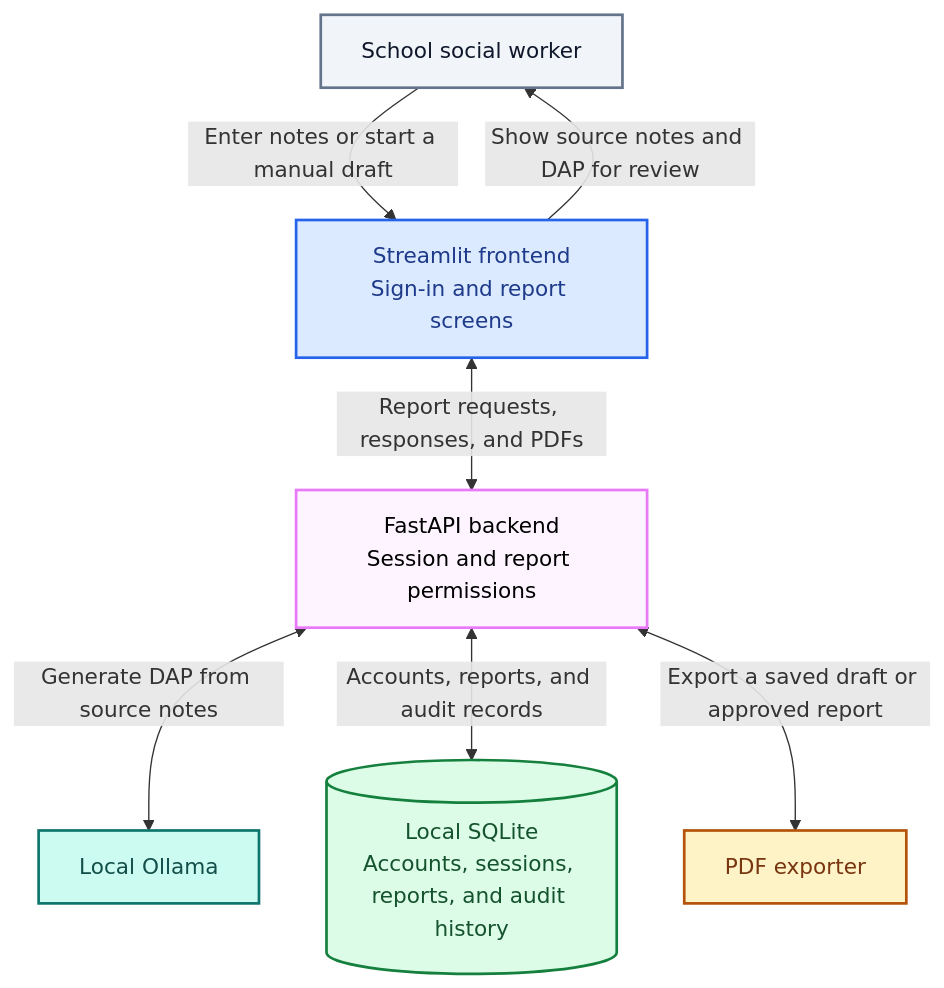
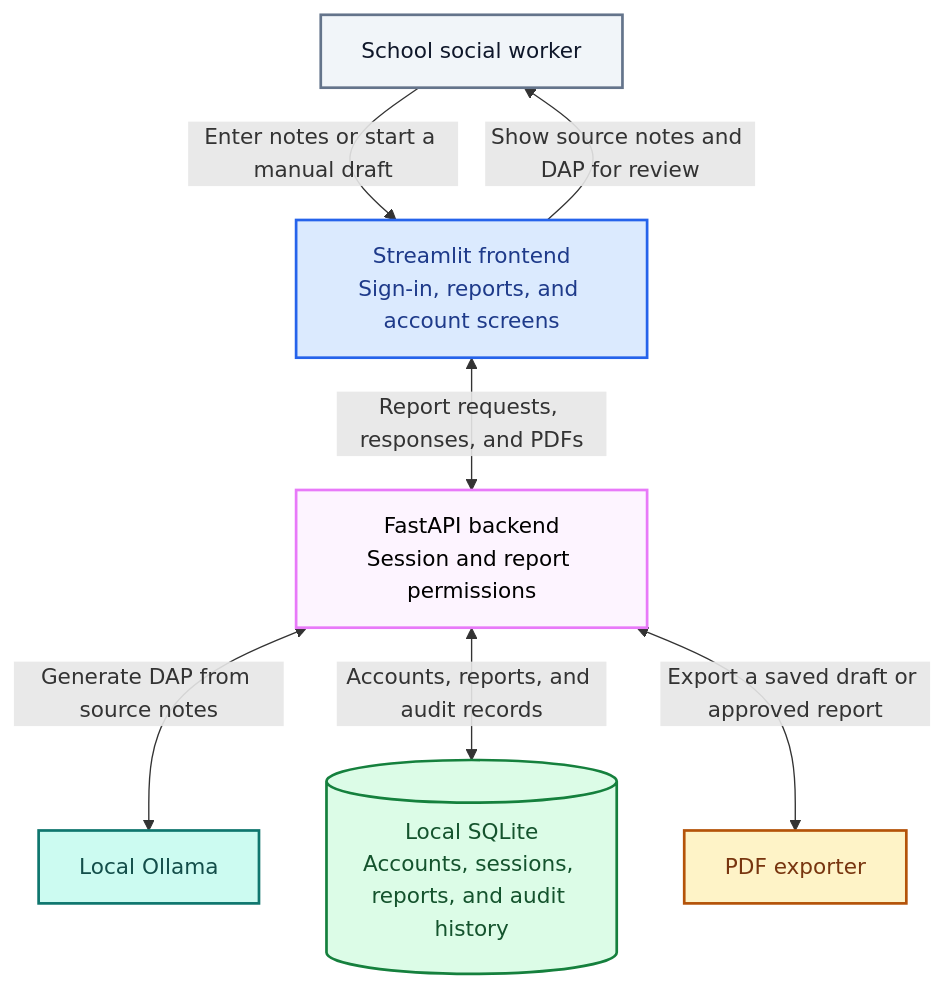
One commit to OllieOzzy/cmsc495-social-worker-ai-assistant changed the first of 3 diagrams in README.md. Above: the diagram before and after it, drawn with Mermaid. The commit also changed other lines of this file and 2 other files, not shown here.

````diff
--- a/README.md
+++ b/README.md
@@ -310,30 +310,30 @@
 ```mermaid
 flowchart TD
     Worker["School social worker"]
-    UI["Streamlit frontend<br/>Sign-in and report screens"]
+    UI["Streamlit frontend<br/>Sign-in, reports, and account screens"]
     API["FastAPI backend<br/>Session and report permissions"]
     AI["Local Ollama"]
     DB[("Local SQLite<br/>Accounts, sessions, reports, and audit history")]
     PDF["PDF exporter"]
 
     Worker -->|"Enter notes or start a manual draft"| UI
     UI -->|"Show source notes and DAP for review"| Worker
     UI <-->|"Report requests, responses, and PDFs"| API
     API <-->|"Generate DAP from source notes"| AI
     API <-->|"Accounts, reports, and audit records"| DB
     API <-->|"Export a saved draft or approved report"| PDF
 
     classDef user fill:#F1F5F9,stroke:#64748B,color:#0F172A,stroke-width:2px
     classDef frontend fill:#DBEAFE,stroke:#2563EB,color:#1E3A8A,stroke-width:2px
     classDef backend fill:#FDF4FF,stroke:#E879F9,color:#000000,stroke-width:2px
     classDef ai fill:#CCFBF1,stroke:#0F766E,color:#134E4A,stroke-width:2px
     classDef storage fill:#DCFCE7,stroke:#15803D,color:#14532D,stroke-width:2px
     classDef export fill:#FEF3C7,stroke:#B45309,color:#78350F,stroke-width:2px
 
     class Worker user
     class UI frontend
     class API backend
     class AI ai
     class DB storage
     class PDF export
 ```
````
